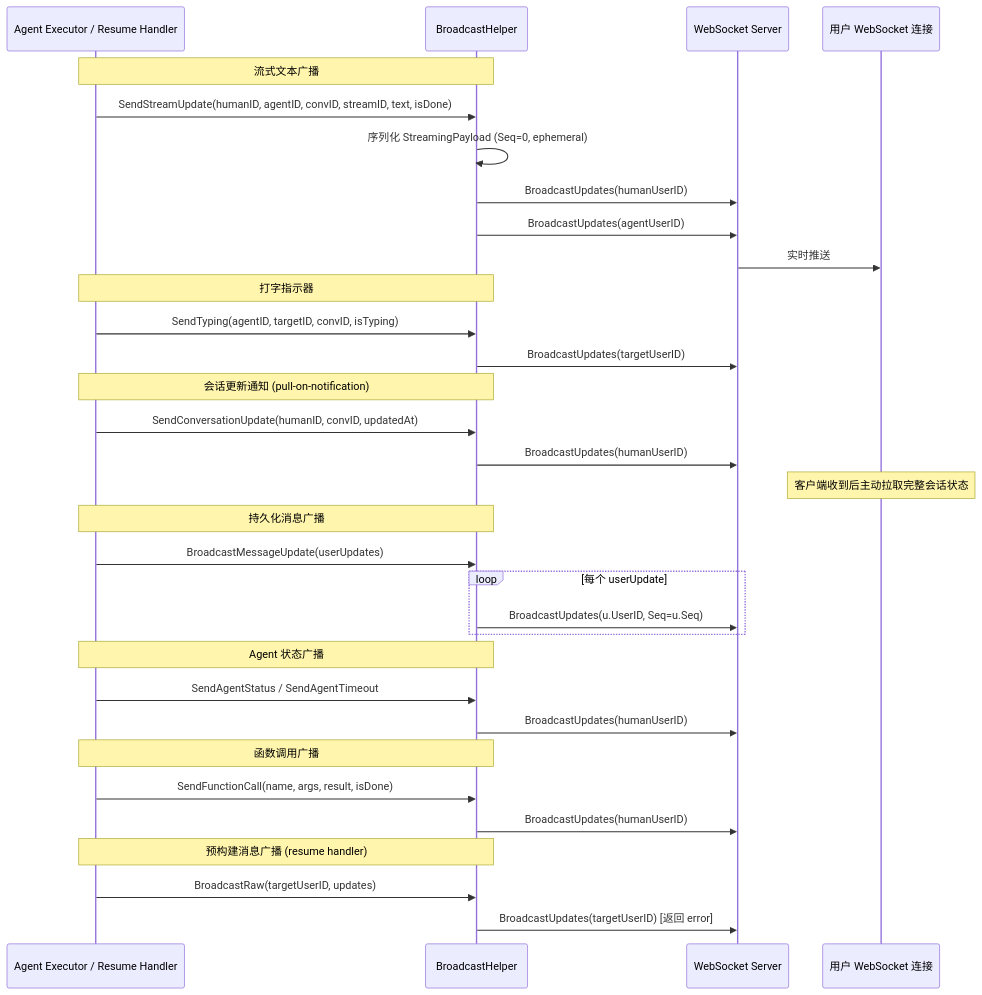
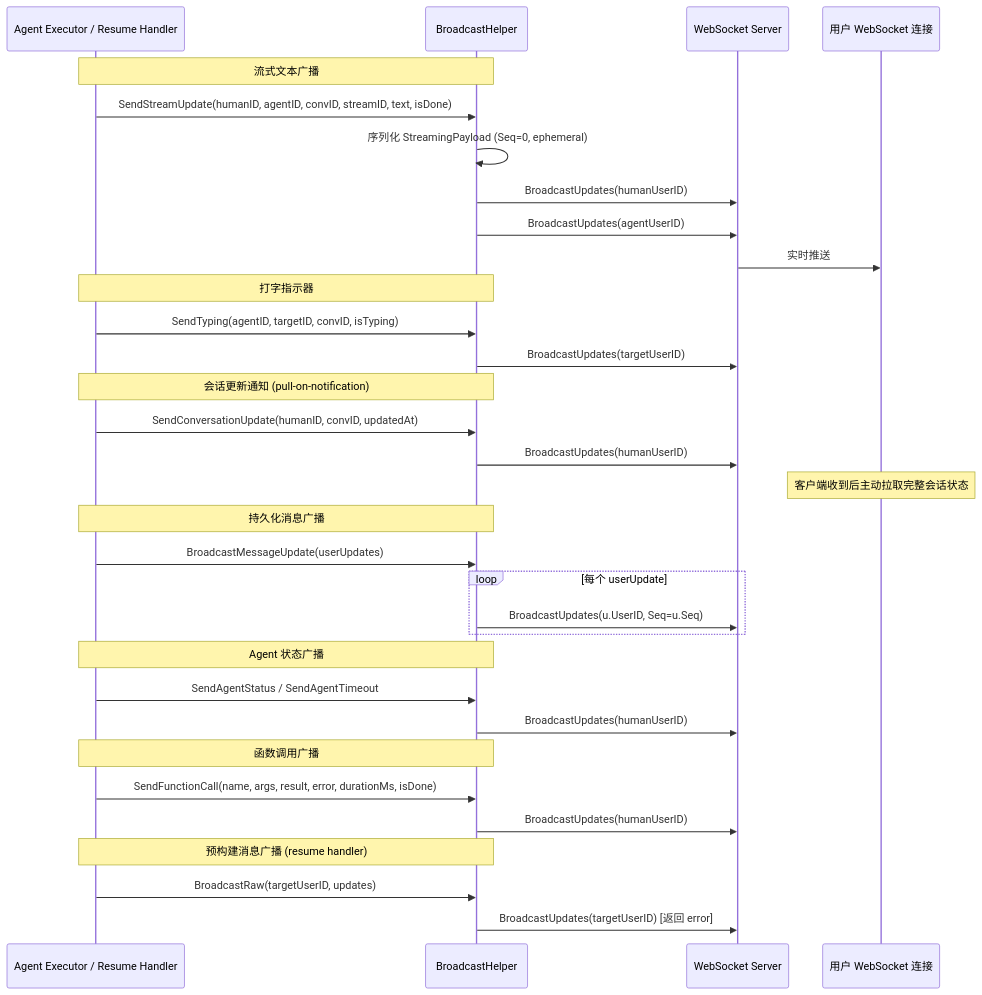
One commit to PineappleBond/xyncra-server changed the eighth of 9 diagrams in wiki/flows/mq-async.md. Above: the diagram before and after it, drawn with Mermaid. The commit also changed other lines of this file and 21 other files, not shown here.

Commit message:
docs(wiki): add edge cases and fix inaccuracies across all flow documents

````diff
--- a/wiki/flows/mq-async.md
+++ b/wiki/flows/mq-async.md
@@ -650,41 +678,41 @@
 ```mermaid
 sequenceDiagram
     participant Caller as Agent Executor / Resume Handler
     participant BH as BroadcastHelper
     participant WS as WebSocket Server
     participant Client as 用户 WebSocket 连接
 
     Note over Caller,BH: 流式文本广播
     Caller->>BH: SendStreamUpdate(humanID, agentID, convID, streamID, text, isDone)
     BH->>BH: 序列化 StreamingPayload (Seq=0, ephemeral)
     BH->>WS: BroadcastUpdates(humanUserID)
     BH->>WS: BroadcastUpdates(agentUserID)
     WS->>Client: 实时推送
 
     Note over Caller,BH: 打字指示器
     Caller->>BH: SendTyping(agentID, targetID, convID, isTyping)
     BH->>WS: BroadcastUpdates(targetUserID)
 
     Note over Caller,BH: 会话更新通知 (pull-on-notification)
     Caller->>BH: SendConversationUpdate(humanID, convID, updatedAt)
     BH->>WS: BroadcastUpdates(humanUserID)
     Note over Client: 客户端收到后主动拉取完整会话状态
 
     Note over Caller,BH: 持久化消息广播
     Caller->>BH: BroadcastMessageUpdate(userUpdates)
     loop 每个 userUpdate
         BH->>WS: BroadcastUpdates(u.UserID, Seq=u.Seq)
     end
 
     Note over Caller,BH: Agent 状态广播
     Caller->>BH: SendAgentStatus / SendAgentTimeout
     BH->>WS: BroadcastUpdates(humanUserID)
 
     Note over Caller,BH: 函数调用广播
-    Caller->>BH: SendFunctionCall(name, args, result, isDone)
+    Caller->>BH: SendFunctionCall(name, args, result, error, durationMs, isDone)
     BH->>WS: BroadcastUpdates(humanUserID)
 
     Note over Caller,BH: 预构建消息广播 (resume handler)
     Caller->>BH: BroadcastRaw(targetUserID, updates)
     BH->>WS: BroadcastUpdates(targetUserID) [返回 error]
 ```
````
